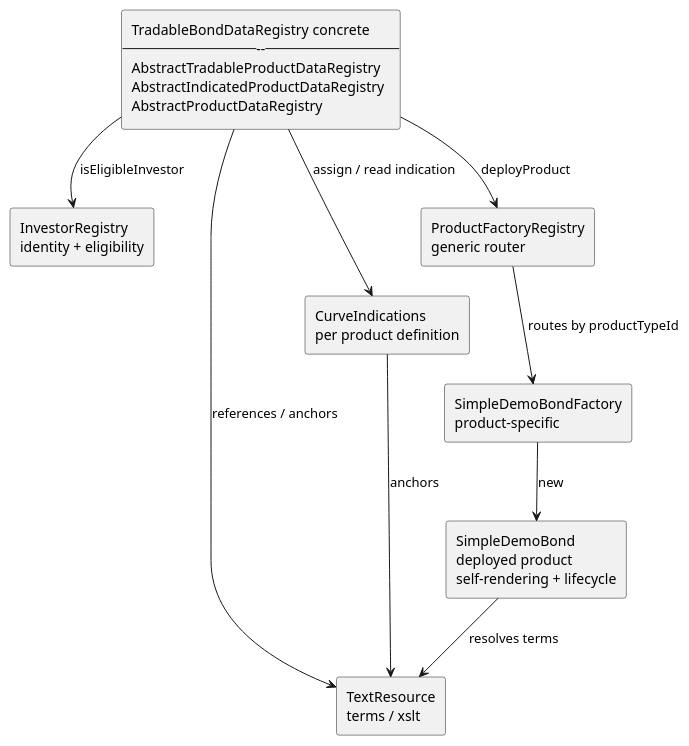
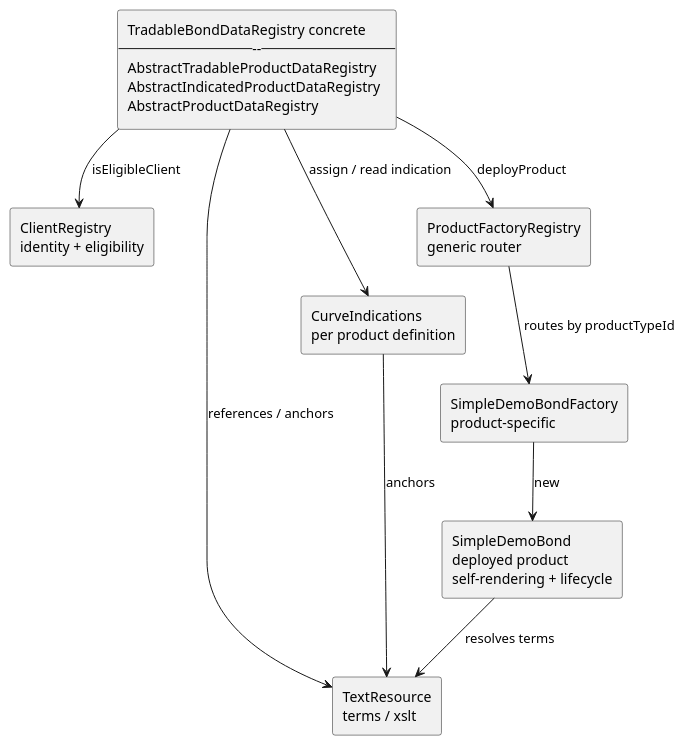
The diagram in framework/origins/representable-contract-state/documentation/smart-product-framework.md (Julius278/finmath-smart-derivative-contract), drawn with PlantUML before and after one commit. The commit also changed other lines of this file and 21 other files, not shown here.

Commit message:
Renamed "Investor" to "Client". The two parties are now "ProductProvider" and "Client".

````diff
--- a/framework/origins/representable-contract-state/documentation/smart-product-framework.md
+++ b/framework/origins/representable-contract-state/documentation/smart-product-framework.md
@@ -51,23 +51,23 @@
 ```plantuml
 @startuml
 skinparam componentStyle rectangle
 top to bottom direction
 
-rectangle "InvestorRegistry\nidentity + eligibility" as IR
+rectangle "ClientRegistry\nidentity + eligibility" as IR
 rectangle "TradableBondDataRegistry concrete\n------\nAbstractTradableProductDataRegistry\nAbstractIndicatedProductDataRegistry\nAbstractProductDataRegistry" as REG
 rectangle "TextResource\nterms / xslt" as TR
 rectangle "CurveIndications\nper product definition" as CI
 rectangle "ProductFactoryRegistry\ngeneric router" as GF
 rectangle "SimpleDemoBondFactory\nproduct-specific" as SF
 rectangle "SimpleDemoBond\ndeployed product\nself-rendering + lifecycle" as P
 
-REG --> IR : isEligibleInvestor
+REG --> IR : isEligibleClient
 REG --> TR : references / anchors
 REG --> CI : assign / read indication
 CI  --> TR : anchors
 REG --> GF : deployProduct
 GF  --> SF : routes by productTypeId
 SF  --> P  : new
 P   --> TR : resolves terms
 @enduml
 ```
````
